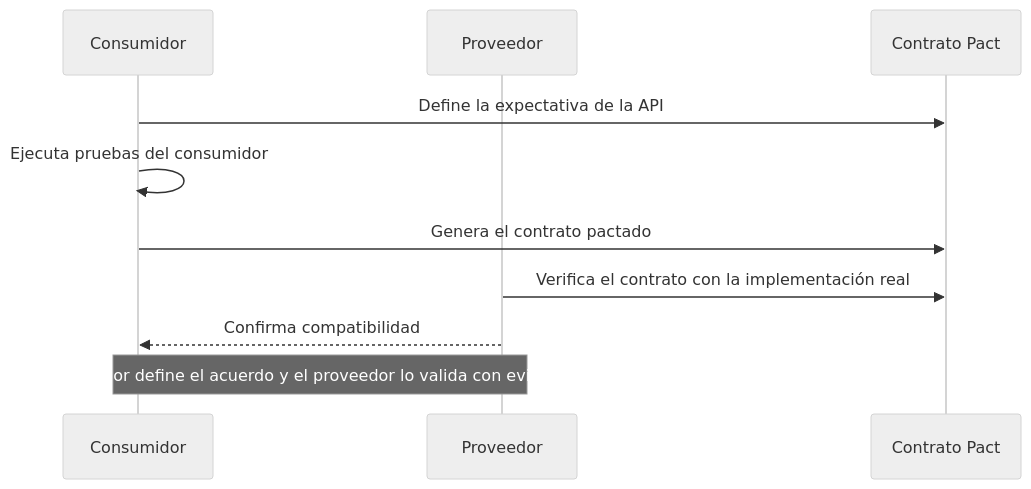
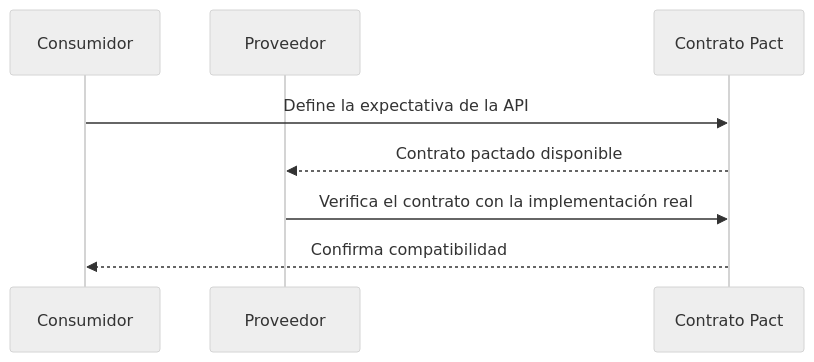
The fourth of 4 diagrams in README.md (mchiroyl/Pact-Consumer-Provider-Validation), drawn with Mermaid (neutral theme) before and after one commit.

Commit message:
README final con diagramas limpios

````diff
--- a/README.md
+++ b/README.md
@@ -158,14 +158,11 @@
 ```mermaid
 sequenceDiagram
     participant C as Consumidor
     participant P as Proveedor
     participant PC as Contrato Pact
 
     C->>PC: Define la expectativa de la API
-    C->>C: Ejecuta pruebas del consumidor
-    C->>PC: Genera el contrato pactado
+    PC-->>P: Contrato pactado disponible
     P->>PC: Verifica el contrato con la implementación real
-    P-->>C: Confirma compatibilidad
-
-    Note over C,P: El consumidor define el acuerdo y el proveedor lo valida con evidencia real.
+    PC-->>C: Confirma compatibilidad
 ```
````
